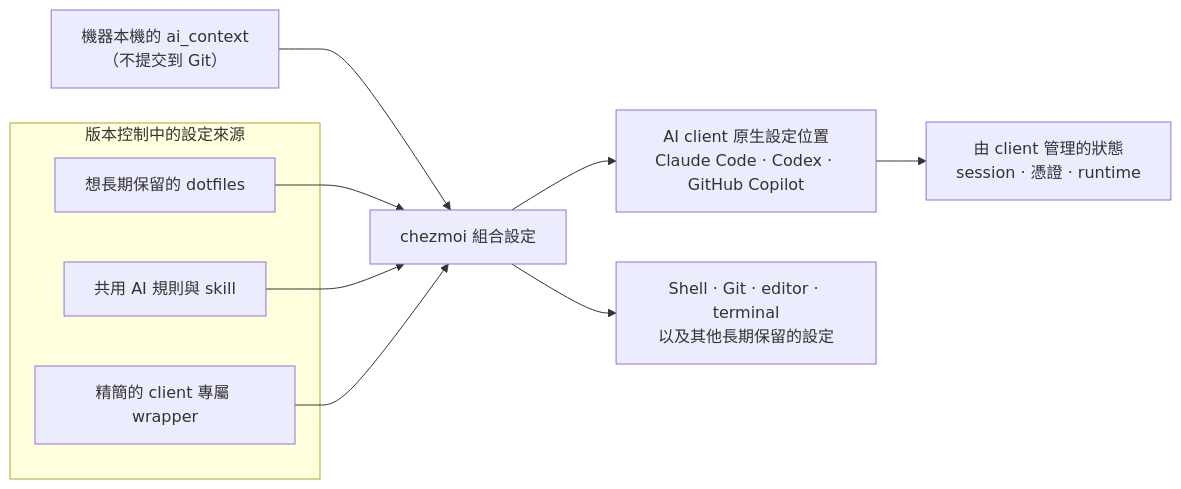
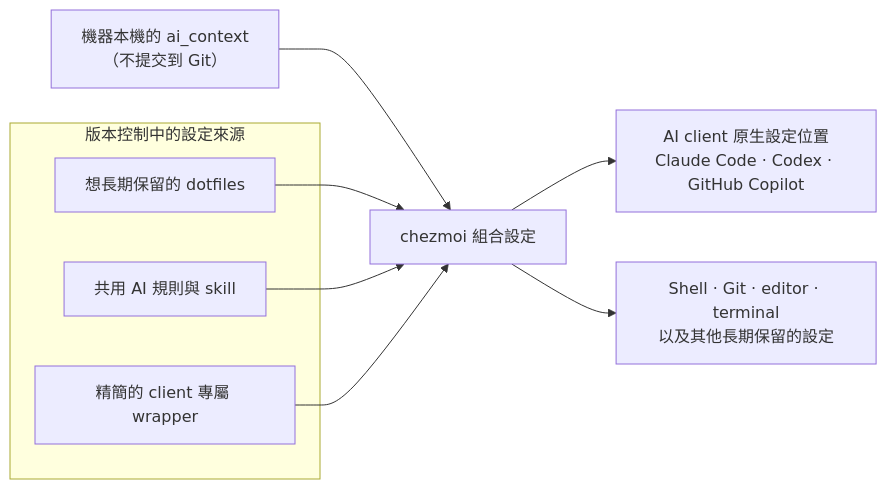
The first of 2 diagrams in README.zh-TW.md (sherrilla71940/dotfiles), drawn with Mermaid before and after one commit. The commit also changed other lines of this file and 13 other files, not shown here.

````diff
--- a/README.zh-TW.md
+++ b/README.zh-TW.md
@@ -22,15 +22,14 @@
 ```mermaid
 flowchart LR
     subgraph source["版本控制中的設定來源"]
         dotfiles["想長期保留的 dotfiles"]
         shared["共用 AI 規則與 skill"]
         adapters["精簡的 client 專屬 wrapper"]
     end
     profile["機器本機的 ai_context<br/>（不提交到 Git）"] --> render["chezmoi 組合設定"]
     dotfiles --> render
     shared --> render
     adapters --> render
     render --> ai["AI client 原生設定位置<br/>Claude Code · Codex · GitHub Copilot"]
-    ai --> local["由 client 管理的狀態<br/>session · 憑證 · runtime"]
     render --> settings["Shell · Git · editor · terminal<br/>以及其他長期保留的設定"]
 ```
````
